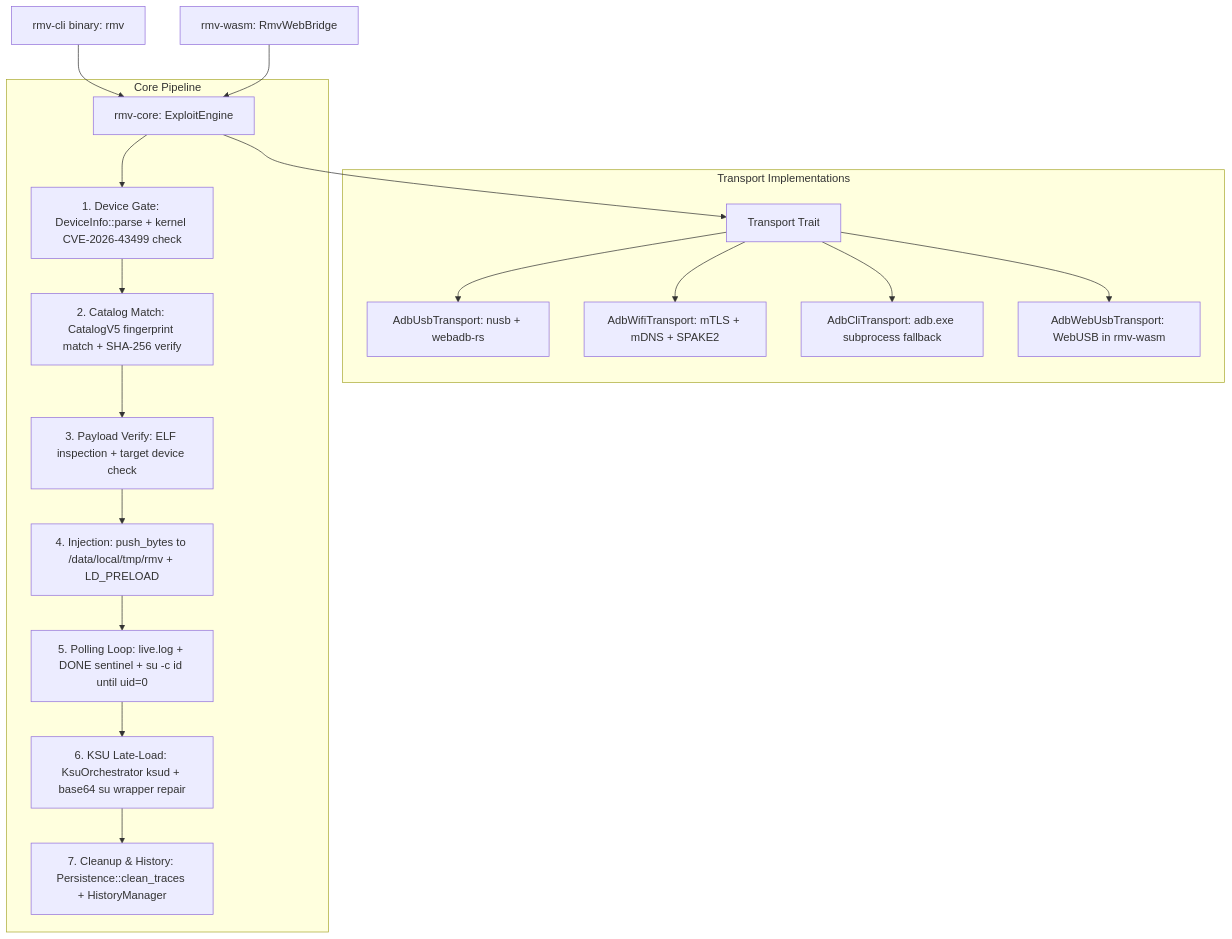
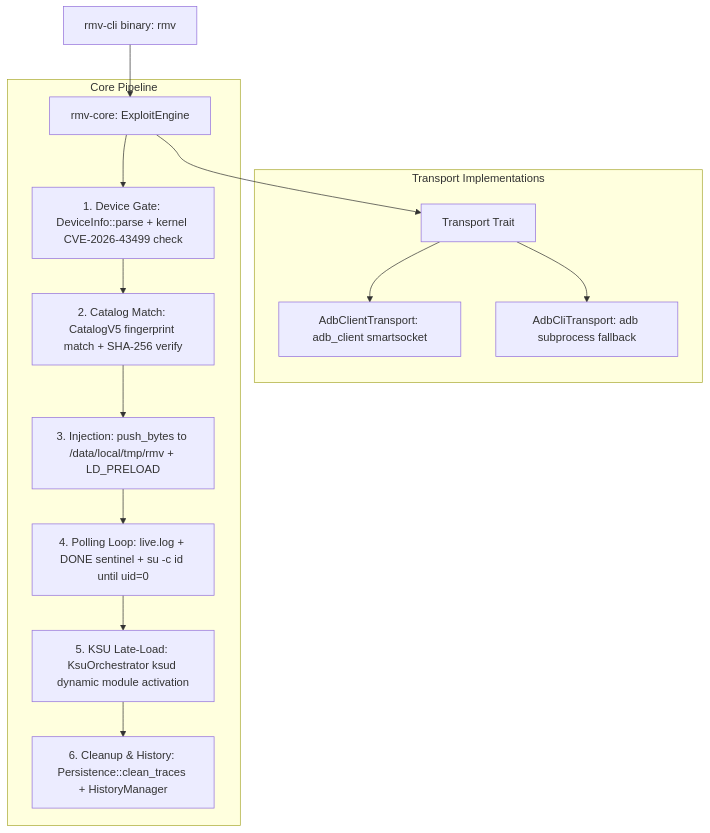
The diagram in AGENTS.md (L-1124/RootMyVivo-rs), drawn with Mermaid before and after one commit. The commit also changed other lines of this file and 3 other files, not shown here.

Commit message:
docs: update architecture guidelines, project README, gitignore, and skills-lock

````diff
--- a/AGENTS.md
+++ b/AGENTS.md
@@ -15,24 +14,20 @@
 ```mermaid
 graph TD
     CLI[rmv-cli binary: rmv] --> Engine[rmv-core: ExploitEngine]
-    WASM[rmv-wasm: RmvWebBridge] --> Engine
 
     Engine --> Trait[Transport Trait]
 
     subgraph Transport Implementations
-        Trait --> Usb[AdbUsbTransport: nusb + webadb-rs]
-        Trait --> Wifi[AdbWifiTransport: mTLS + mDNS + SPAKE2]
-        Trait --> Cli[AdbCliTransport: adb.exe subprocess fallback]
-        Trait --> WebUsb[AdbWebUsbTransport: WebUSB in rmv-wasm]
+        Trait --> Client[AdbClientTransport: adb_client smartsocket]
+        Trait --> Cli[AdbCliTransport: adb subprocess fallback]
     end
 
     subgraph Core Pipeline
         Engine --> Stage1[1. Device Gate: DeviceInfo::parse + kernel CVE-2026-43499 check]
         Stage1 --> Stage2[2. Catalog Match: CatalogV5 fingerprint match + SHA-256 verify]
-        Stage2 --> Stage3[3. Payload Verify: ELF inspection + target device check]
-        Stage3 --> Stage4[4. Injection: push_bytes to /data/local/tmp/rmv + LD_PRELOAD]
-        Stage4 --> Stage5[5. Polling Loop: live.log + DONE sentinel + su -c id until uid=0]
-        Stage5 --> Stage6[6. KSU Late-Load: KsuOrchestrator ksud + base64 su wrapper repair]
-        Stage6 --> Stage7[7. Cleanup & History: Persistence::clean_traces + HistoryManager]
+        Stage2 --> Stage3[3. Injection: push_bytes to /data/local/tmp/rmv + LD_PRELOAD]
+        Stage3 --> Stage4[4. Polling Loop: live.log + DONE sentinel + su -c id until uid=0]
+        Stage4 --> Stage5[5. KSU Late-Load: KsuOrchestrator ksud dynamic module activation]
+        Stage5 --> Stage6[6. Cleanup & History: Persistence::clean_traces + HistoryManager]
     end
 ```
````
